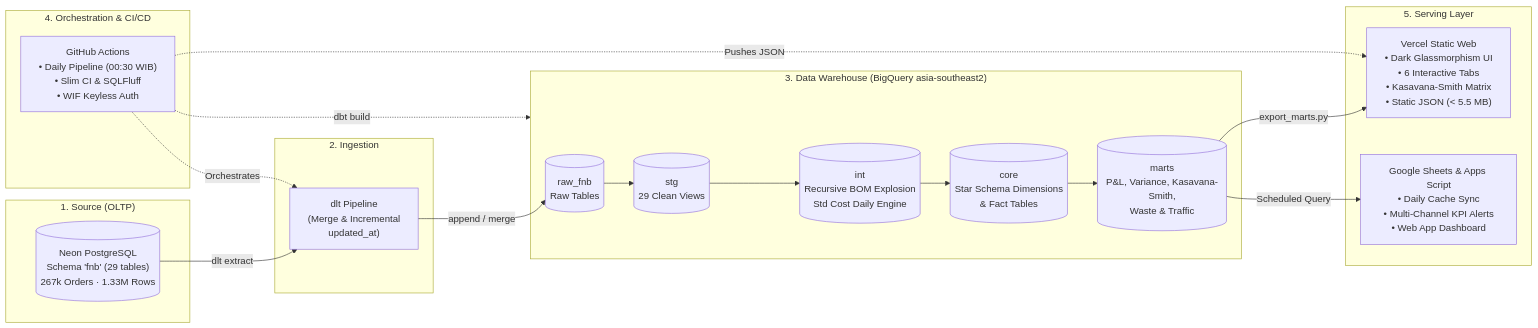
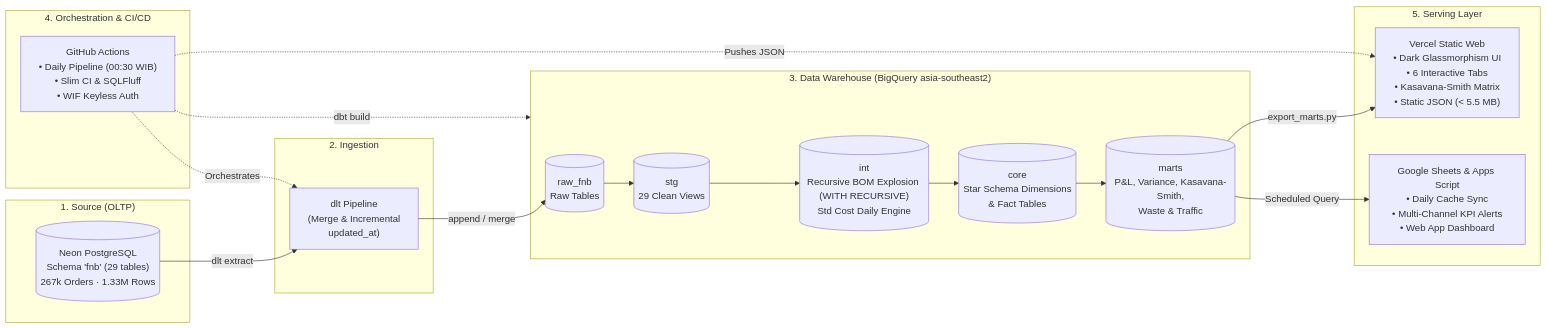
The diagram in README.md (SMJ-205/data-infra-template), drawn with Mermaid before and after one commit. The commit also changed other lines of this file and 9 other files, not shown here.

First line of the commit message:
feat(dbt): recursive multi-level BOM explosion with WITH RECURSIVE

````diff
--- a/README.md
+++ b/README.md
@@ -13,39 +13,39 @@
 ```mermaid
 flowchart LR
     subgraph OLTP["1. Source (OLTP)"]
         NEON[("Neon PostgreSQL<br/>Schema 'fnb' (29 tables)<br/>267k Orders · 1.33M Rows")]
     end
 
     subgraph INGEST["2. Ingestion"]
         DLT["dlt Pipeline<br/>(Merge & Incremental<br/>updated_at)"]
     end
 
     subgraph DWH["3. Data Warehouse (BigQuery asia-southeast2)"]
         RAW[("raw_fnb<br/>Raw Tables")]
         STG[("stg<br/>29 Clean Views")]
-        INT[("int<br/>Recursive BOM Explosion<br/>Std Cost Daily Engine")]
+        INT[("int<br/>Recursive BOM Explosion (WITH RECURSIVE)<br/>Std Cost Daily Engine")]
         CORE[("core<br/>Star Schema Dimensions<br/>& Fact Tables")]
         MARTS[("marts<br/>P&L, Variance, Kasavana-Smith,<br/>Waste & Traffic")]
     end
 
     subgraph CI_CD["4. Orchestration & CI/CD"]
         GHA["GitHub Actions<br/>• Daily Pipeline (00:30 WIB)<br/>• Slim CI & SQLFluff<br/>• WIF Keyless Auth"]
     end
 
     subgraph SERVING["5. Serving Layer"]
         VERCEL["Vercel Static Web<br/>• Dark Glassmorphism UI<br/>• 6 Interactive Tabs<br/>• Kasavana-Smith Matrix<br/>• Static JSON (< 5.5 MB)"]
         GSHEETS["Google Sheets & Apps Script<br/>• Daily Cache Sync<br/>• Multi-Channel KPI Alerts<br/>• Web App Dashboard"]
     end
 
     NEON -->|dlt extract| DLT
     DLT -->|append / merge| RAW
     RAW --> STG
     STG --> INT
     INT --> CORE
     CORE --> MARTS
     MARTS -->|export_marts.py| VERCEL
     MARTS -->|Scheduled Query| GSHEETS
     GHA -.->|Orchestrates| DLT
     GHA -.->|dbt build| DWH
     GHA -.->|Pushes JSON| VERCEL
 ```
````
